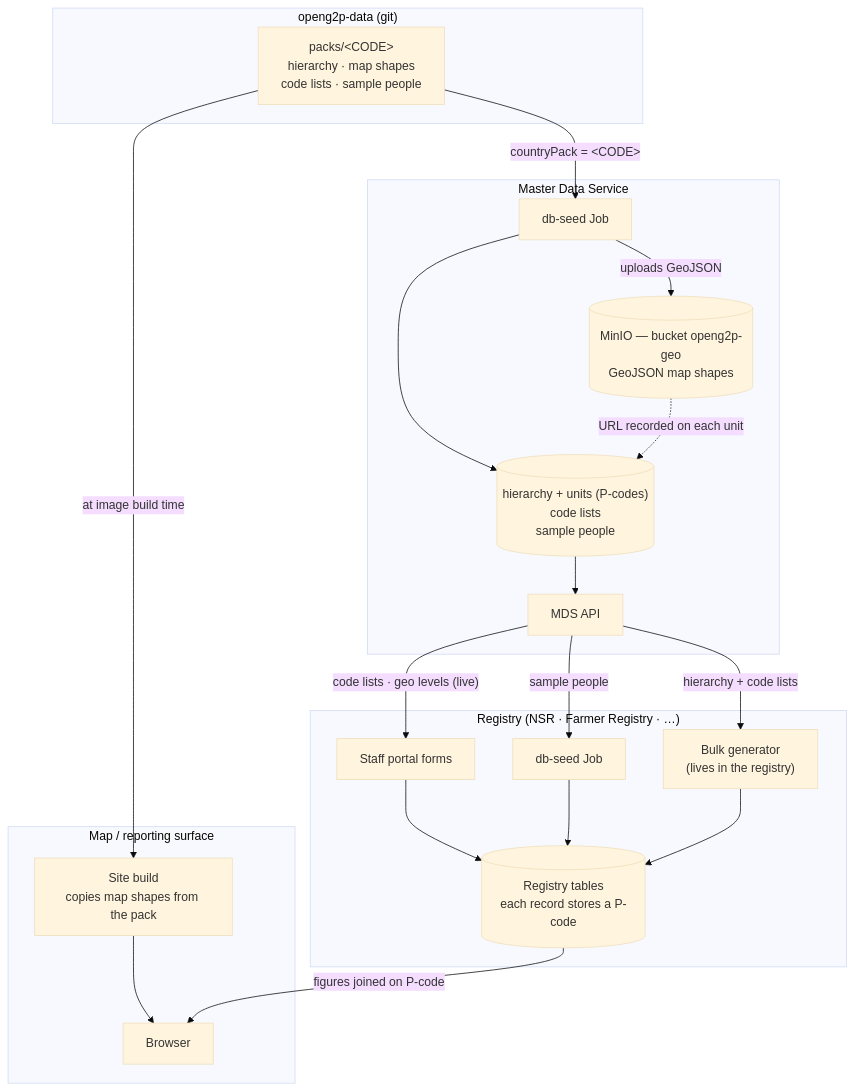
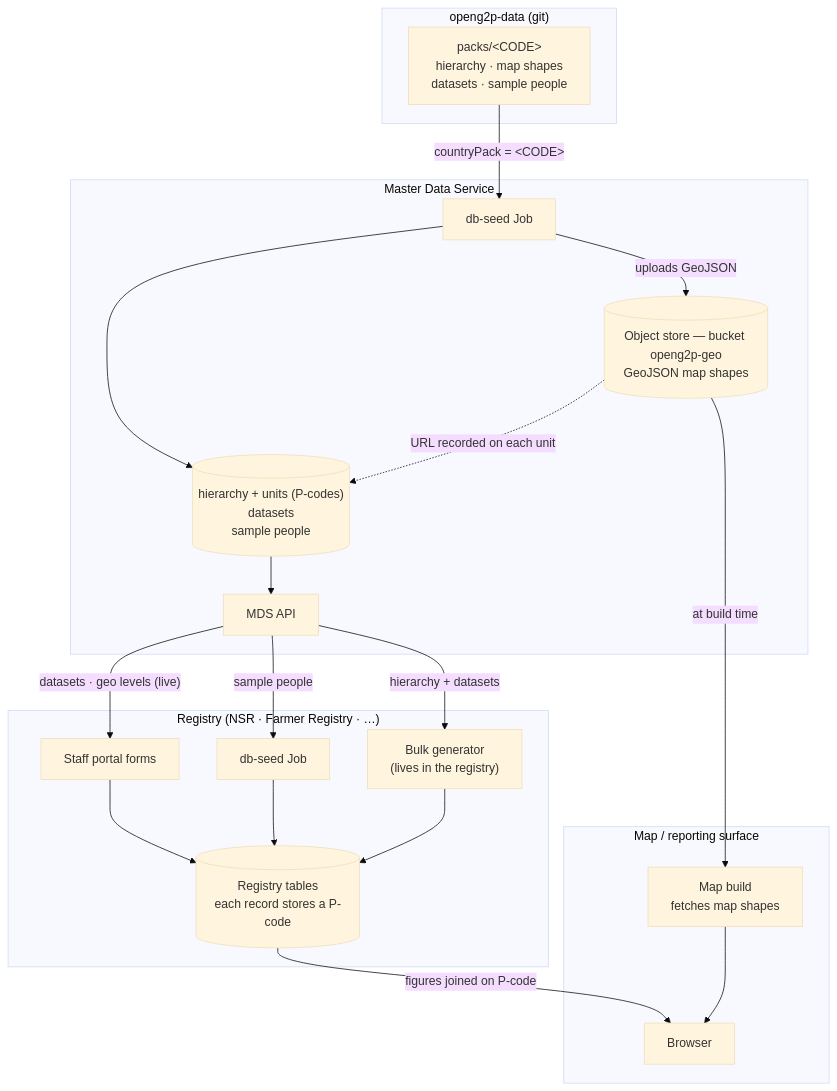
One commit to OpenG2P/openg2p-documentation changed the diagram in platform/country-data-architecture.md. Above: the diagram before and after it, drawn with Mermaid (base theme). The commit also changed other lines of this file and 16 other files, not shown here.

````diff
--- a/platform/country-data-architecture.md
+++ b/platform/country-data-architecture.md
@@ -182,43 +160,43 @@
 ```mermaid
 flowchart TB
     subgraph data ["openg2p-data (git)"]
-        PACK["packs/&lt;CODE&gt;<br/>hierarchy · map shapes<br/>code lists · sample people"]
+        PACK["packs/&lt;CODE&gt;<br/>hierarchy · map shapes<br/>datasets · sample people"]
     end
 
     subgraph mds ["Master Data Service"]
         SEED["db-seed Job"]
-        MDSDB[("hierarchy + units (P-codes)<br/>code lists<br/>sample people")]
+        MDSDB[("hierarchy + units (P-codes)<br/>datasets<br/>sample people")]
         API["MDS API"]
-        OBJ[("MinIO — bucket openg2p-geo<br/>GeoJSON map shapes")]
+        OBJ[("Object store — bucket openg2p-geo<br/>GeoJSON map shapes")]
     end
 
     subgraph reg ["Registry (NSR · Farmer Registry · …)"]
         RSEED["db-seed Job"]
         RDB[("Registry tables<br/>each record stores a P-code")]
         BULK["Bulk generator<br/>(lives in the registry)"]
         FORMS["Staff portal forms"]
     end
 
     subgraph maps ["Map / reporting surface"]
-        BUILD["Site build<br/>copies map shapes from the pack"]
+        BUILD["Map build<br/>fetches map shapes"]
         BROWSER["Browser"]
     end
 
     PACK -->|"countryPack = &lt;CODE&gt;"| SEED
     SEED --> MDSDB
     SEED -->|"uploads GeoJSON"| OBJ
     OBJ -.->|"URL recorded on each unit"| MDSDB
 
     MDSDB --> API
-    API -->|"code lists · geo levels (live)"| FORMS
+    API -->|"datasets · geo levels (live)"| FORMS
     FORMS --> RDB
     API -->|"sample people"| RSEED
     RSEED --> RDB
 
-    API -->|"hierarchy + code lists"| BULK
+    API -->|"hierarchy + datasets"| BULK
     BULK --> RDB
 
-    PACK -->|"at image build time"| BUILD
+    OBJ -->|"at build time"| BUILD
     BUILD --> BROWSER
     RDB -->|"figures joined on P-code"| BROWSER
 ```
````
